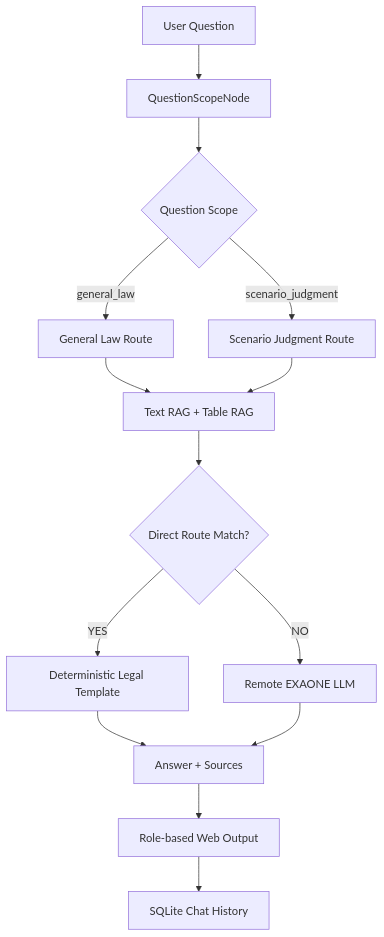
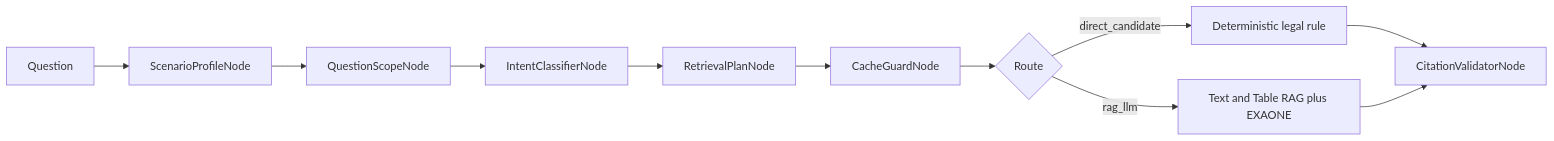
The first of 2 diagrams in README.md (kwsahe/k-safety-law-rag), drawn with Mermaid before and after one commit. The commit also changed other lines of this file and 27 other files, not shown here.

Commit message:
feat: add verified scenario-aware legal routing

````diff
--- a/README.md
+++ b/README.md
@@ -55,16 +83,13 @@
 ```mermaid
-flowchart TD
-    A["User Question"] --> B["QuestionScopeNode"]
-    B --> C{"Question Scope"}
-    C -->|"general_law"| D["General Law Route"]
-    C -->|"scenario_judgment"| E["Scenario Judgment Route"]
-    D --> F["Text RAG + Table RAG"]
-    E --> F
-    F --> G{"Direct Route Match?"}
-    G -->|"YES"| H["Deterministic Legal Template"]
-    G -->|"NO"| I["Remote EXAONE LLM"]
-    H --> J["Answer + Sources"]
+flowchart LR
+    A[Question] --> B[ScenarioProfileNode]
+    B --> C[QuestionScopeNode]
+    C --> D[IntentClassifierNode]
+    D --> E[RetrievalPlanNode]
+    E --> F[CacheGuardNode]
+    F --> G{Route}
+    G -->|direct_candidate| H[Deterministic legal rule]
+    G -->|rag_llm| I[Text and Table RAG plus EXAONE]
+    H --> J[CitationValidatorNode]
     I --> J
-    J --> K["Role-based Web Output"]
-    K --> L["SQLite Chat History"]
 ```
````
